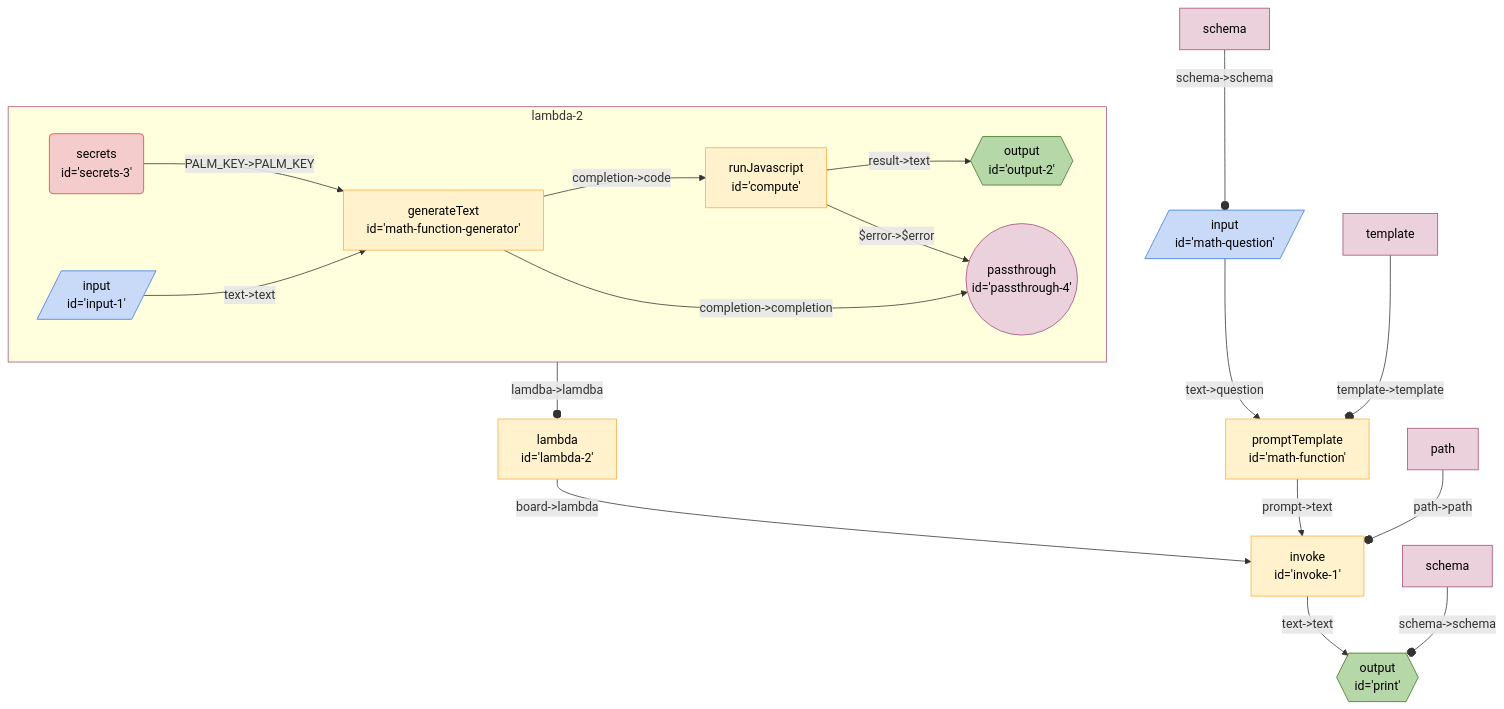
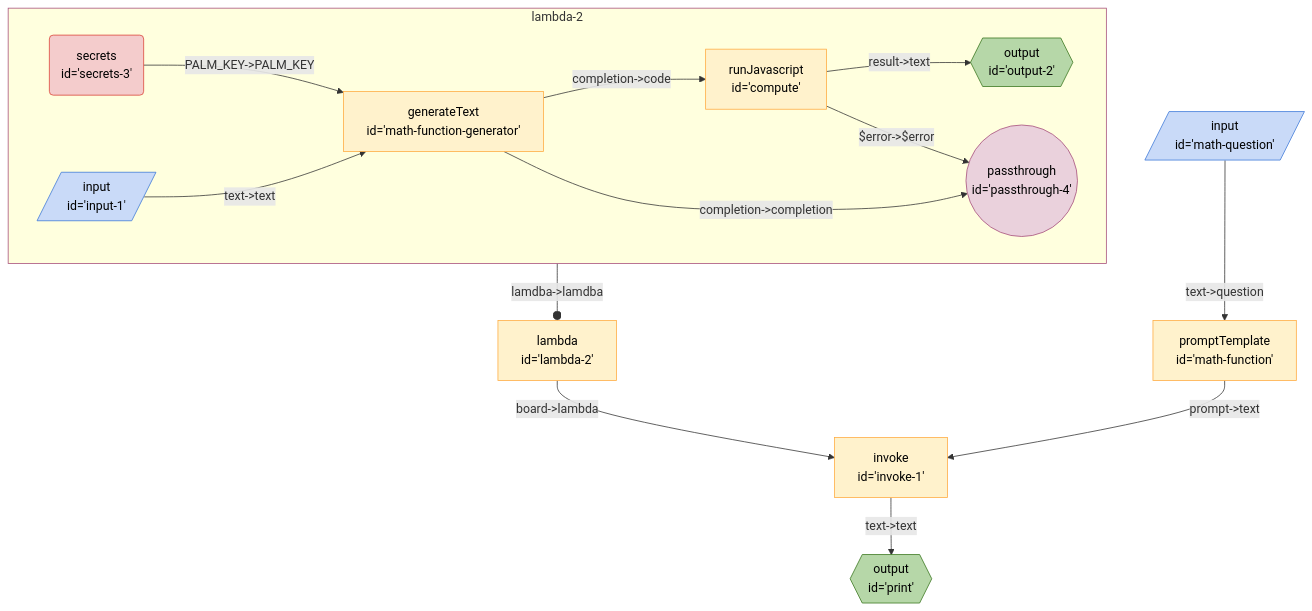
One commit to breadboard-ai/breadboard changed the diagram in seeds/graph-playground/docs/graphs/math-retry.md. Above: the diagram before and after it, drawn with Mermaid. The commit also changed 30 other files, not shown here.

````diff
--- a/seeds/graph-playground/docs/graphs/math-retry.md
+++ b/seeds/graph-playground/docs/graphs/math-retry.md
@@ -5,33 +5,26 @@
   ```mermaid
   %%{init: 'themeVariables': { 'fontFamily': 'Fira Code, monospace' }}%%
 graph TD;
 lambda2["lambda <br> id='lambda-2'"] -- "board->lambda" --> invoke1["invoke <br> id='invoke-1'"]
 subgraph sg_lambda2 [lambda-2]
 lambda2_secrets3("secrets <br> id='secrets-3'"):::secrets -- "PALM_KEY->PALM_KEY" --> lambda2_mathfunctiongenerator["generateText <br> id='math-function-generator'"]
 lambda2_input1[/"input <br> id='input-1'"/]:::input -- "text->text" --> lambda2_mathfunctiongenerator["generateText <br> id='math-function-generator'"]
 lambda2_mathfunctiongenerator["generateText <br> id='math-function-generator'"] -- "completion->code" --> lambda2_compute["runJavascript <br> id='compute'"]
 lambda2_compute["runJavascript <br> id='compute'"] -- "result->text" --> lambda2_output2{{"output <br> id='output-2'"}}:::output
 lambda2_compute["runJavascript <br> id='compute'"] -- "$error->$error" --> lambda2_passthrough4(("passthrough <br> id='passthrough-4'")):::passthrough
 lambda2_mathfunctiongenerator["generateText <br> id='math-function-generator'"] -- "completion->completion" --> lambda2_passthrough4(("passthrough <br> id='passthrough-4'")):::passthrough
-
-
 end
 sg_lambda2:::slotted -- "lamdba->lamdba" --o lambda2
 
 invoke1["invoke <br> id='invoke-1'"] -- "text->text" --> print{{"output <br> id='print'"}}:::output
 mathfunction["promptTemplate <br> id='math-function'"] -- "prompt->text" --> invoke1["invoke <br> id='invoke-1'"]
 mathquestion[/"input <br> id='math-question'"/]:::input -- "text->question" --> mathfunction["promptTemplate <br> id='math-function'"]
-schemamathquestion[schema]:::config -- "schema->schema" --o mathquestion
-templatemathfunction[template]:::config -- "template->template" --o mathfunction
-pathinvoke1[path]:::config -- "path->path" --o invoke1
-
-schemaprint[schema]:::config -- "schema->schema" --o print
 classDef default stroke:#ffab40,fill:#fff2ccff,color:#000
 classDef input stroke:#3c78d8,fill:#c9daf8ff,color:#000
 classDef output stroke:#38761d,fill:#b6d7a8ff,color:#000
 classDef passthrough stroke:#a64d79,fill:#ead1dcff,color:#000
 classDef slot stroke:#a64d79,fill:#ead1dcff,color:#000
 classDef config stroke:#a64d79,fill:#ead1dcff,color:#000
 classDef secrets stroke:#db4437,fill:#f4cccc,color:#000
 classDef slotted stroke:#a64d79
   ```
````
